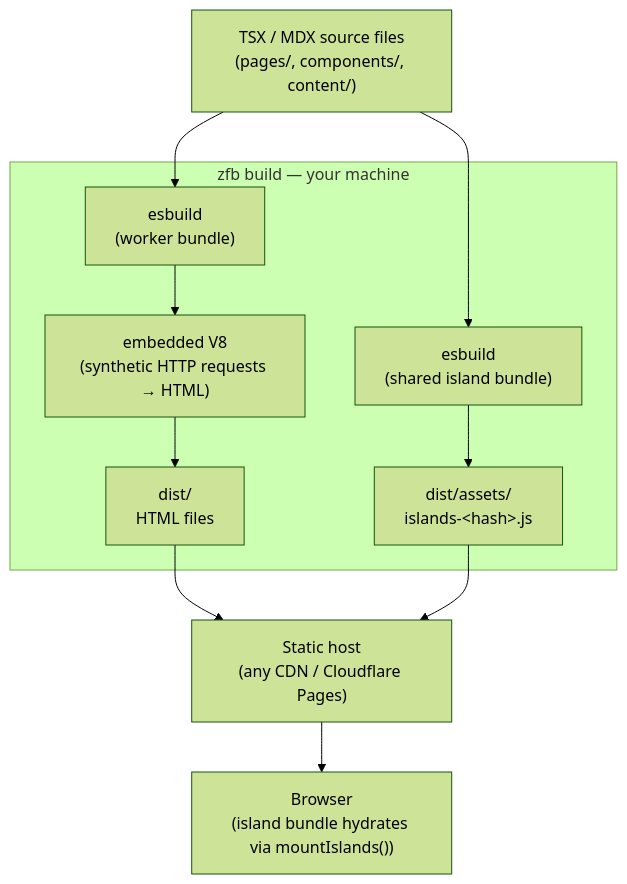
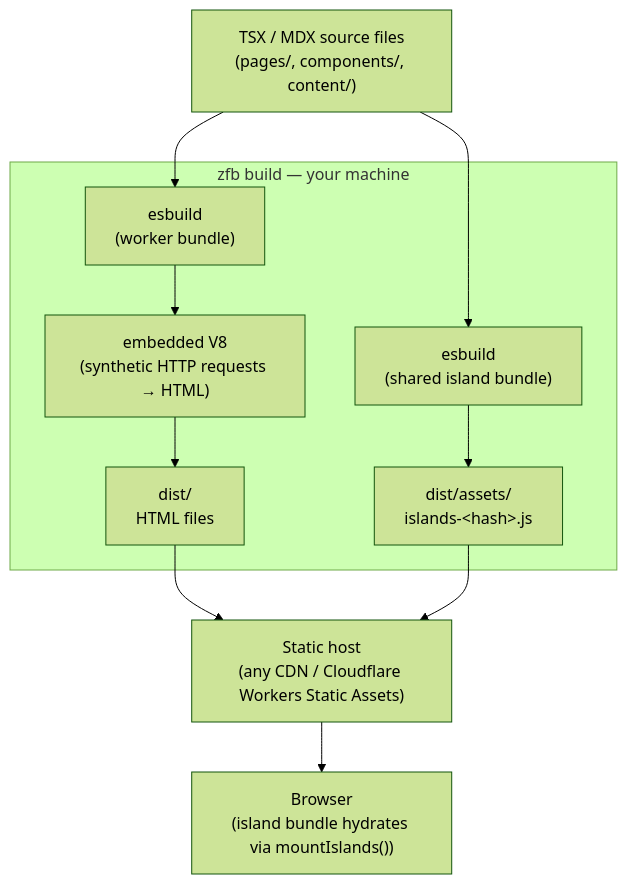
One commit to Takazudo/zudo-front-builder changed the diagram in docs/src/content/docs-ja/concepts/architecture-overview.mdx. Above: the diagram before and after it, drawn with Mermaid (forest theme). The commit also changed other lines of this file and 20 other files, not shown here.

First line of the commit message:
docs(cf-static-assets): sweep long-tail Cloudflare Pages one-liners to Workers Static Assets

````diff
--- a/docs/src/content/docs-ja/concepts/architecture-overview.mdx
+++ b/docs/src/content/docs-ja/concepts/architecture-overview.mdx
@@ -62,26 +62,26 @@
 ```mermaid
 flowchart TD
     src["TSX / MDX source files\n(pages/, components/, content/)"]
 
     subgraph build["zfb build — your machine"]
         esbuild_worker["esbuild\n(worker bundle)"]
         v8["embedded V8\n(synthetic HTTP requests → HTML)"]
         esbuild_islands["esbuild\n(shared island bundle)"]
         dist_html["dist/\nHTML files"]
         dist_js["dist/assets/\nislands-&lt;hash&gt;.js"]
     end
 
-    deploy["Static host\n(any CDN / Cloudflare Pages)"]
+    deploy["Static host\n(any CDN / Cloudflare Workers Static Assets)"]
     browser["Browser\n(island bundle hydrates via mountIslands())"]
 
     src --> esbuild_worker
     esbuild_worker --> v8
     v8 --> dist_html
 
     src --> esbuild_islands
     esbuild_islands --> dist_js
 
     dist_html --> deploy
     dist_js --> deploy
     deploy --> browser
 ```
````
